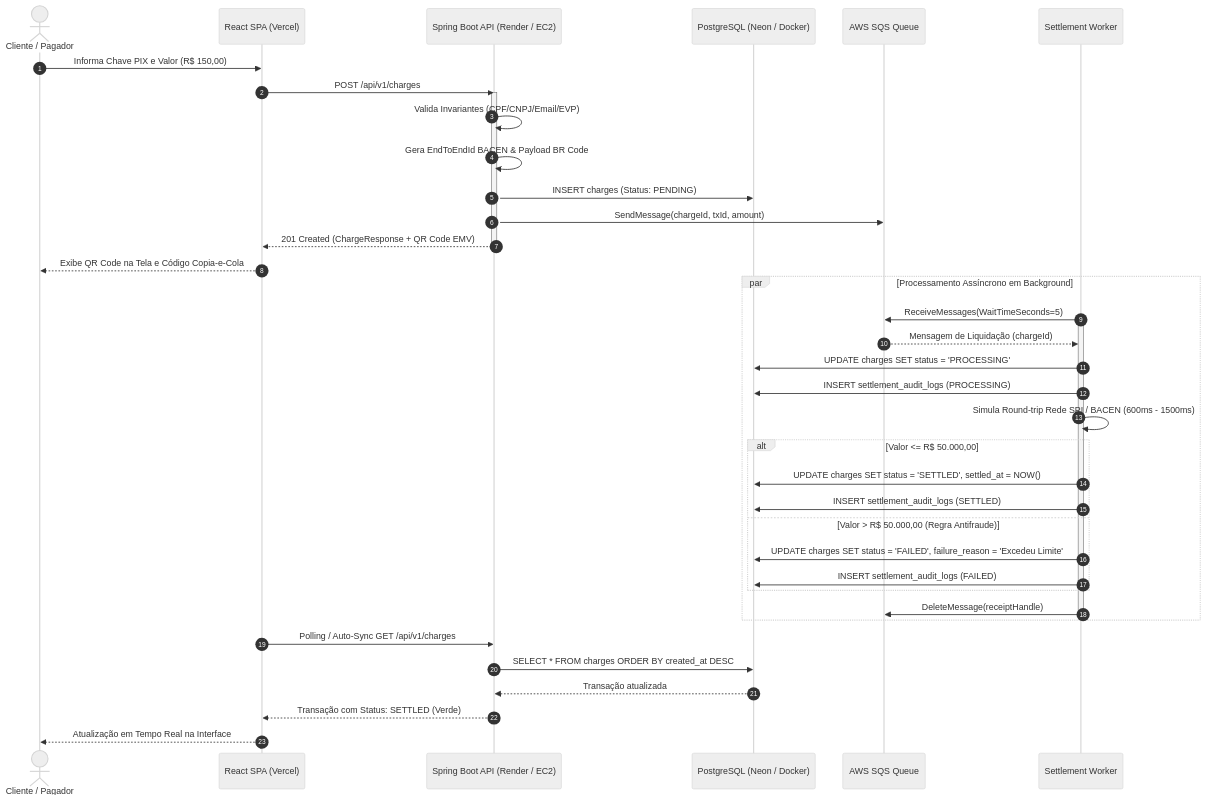
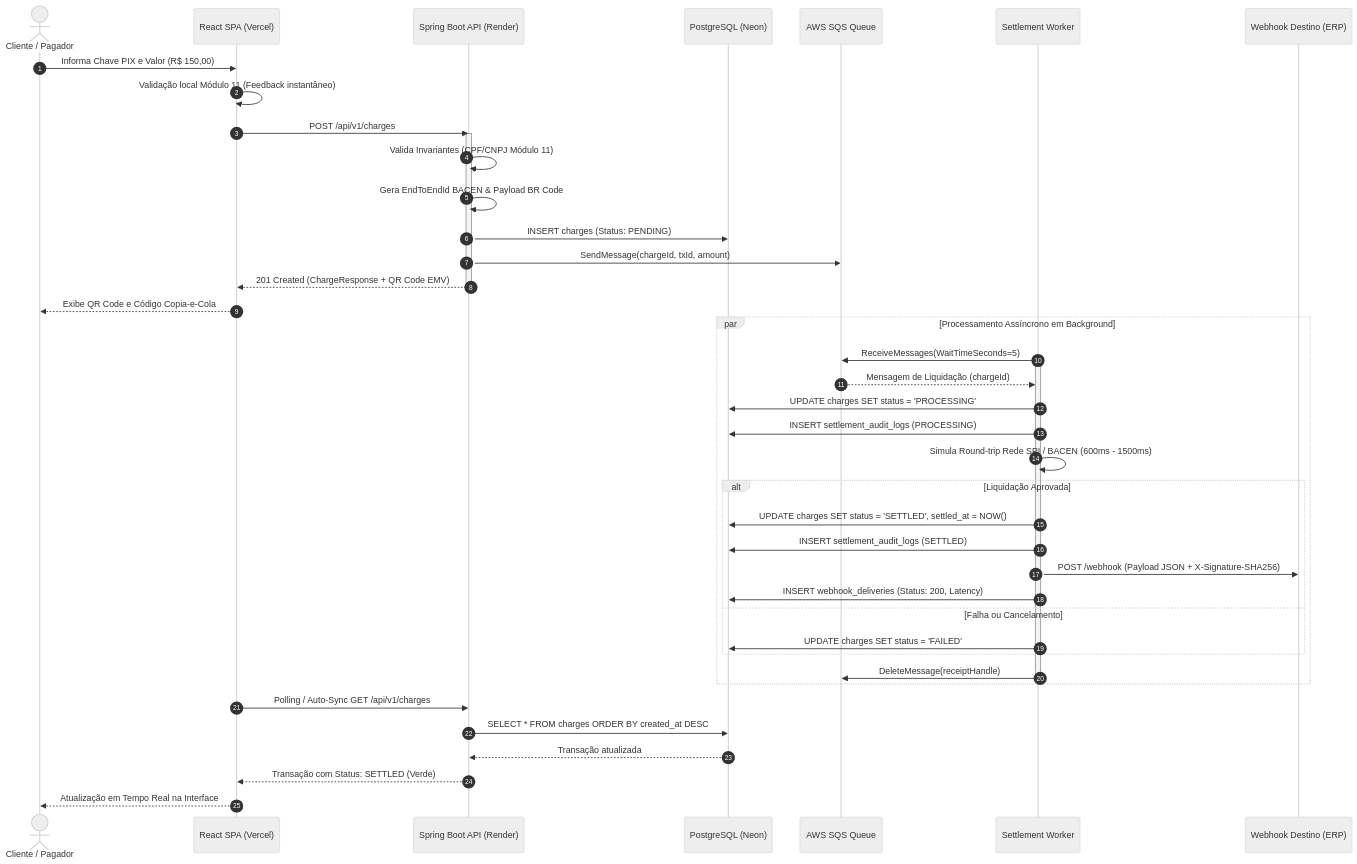
One commit to matheus-araujo-pereira/pix-flow changed the second of 3 diagrams in README.md. Above: the diagram before and after it, drawn with Mermaid (neutral theme). The commit also changed other lines of this file and 43 other files, not shown here.

````diff
--- a/README.md
+++ b/README.md
@@ -87,45 +94,48 @@
 ```mermaid
 sequenceDiagram
     autonumber
     actor User as Cliente / Pagador
     participant UI as React SPA (Vercel)
-    participant API as Spring Boot API (Render / EC2)
-    participant DB as PostgreSQL (Neon / Docker)
+    participant API as Spring Boot API (Render)
+    participant DB as PostgreSQL (Neon)
     participant SQS as AWS SQS Queue
     participant Worker as Settlement Worker
+    participant ERP as Webhook Destino (ERP)
 
     User->>UI: Informa Chave PIX e Valor (R$ 150,00)
+    UI->>UI: Validação local Módulo 11 (Feedback instantâneo)
     UI->>API: POST /api/v1/charges
     activate API
-    API->>API: Valida Invariantes (CPF/CNPJ/Email/EVP)
+    API->>API: Valida Invariantes (CPF/CNPJ Módulo 11)
     API->>API: Gera EndToEndId BACEN & Payload BR Code
     API->>DB: INSERT charges (Status: PENDING)
     API->>SQS: SendMessage(chargeId, txId, amount)
     API-->>UI: 201 Created (ChargeResponse + QR Code EMV)
     deactivate API
-    UI-->>User: Exibe QR Code na Tela e Código Copia-e-Cola
+    UI-->>User: Exibe QR Code e Código Copia-e-Cola
 
     par Processamento Assíncrono em Background
         Worker->>SQS: ReceiveMessages(WaitTimeSeconds=5)
         activate Worker
         SQS-->>Worker: Mensagem de Liquidação (chargeId)
         Worker->>DB: UPDATE charges SET status = 'PROCESSING'
         Worker->>DB: INSERT settlement_audit_logs (PROCESSING)
         Worker->>Worker: Simula Round-trip Rede SPI / BACEN (600ms - 1500ms)
-        alt Valor <= R$ 50.000,00
+        alt Liquidação Aprovada
             Worker->>DB: UPDATE charges SET status = 'SETTLED', settled_at = NOW()
             Worker->>DB: INSERT settlement_audit_logs (SETTLED)
-        else Valor > R$ 50.000,00 (Regra Antifraude)
-            Worker->>DB: UPDATE charges SET status = 'FAILED', failure_reason = 'Excedeu Limite'
-            Worker->>DB: INSERT settlement_audit_logs (FAILED)
+            Worker->>ERP: POST /webhook (Payload JSON + X-Signature-SHA256)
+            Worker->>DB: INSERT webhook_deliveries (Status: 200, Latency)
+        else Falha ou Cancelamento
+            Worker->>DB: UPDATE charges SET status = 'FAILED'
         end
         Worker->>SQS: DeleteMessage(receiptHandle)
         deactivate Worker
     end
 
     UI->>API: Polling / Auto-Sync GET /api/v1/charges
     API->>DB: SELECT * FROM charges ORDER BY created_at DESC
     DB-->>API: Transação atualizada
     API-->>UI: Transação com Status: SETTLED (Verde)
     UI-->>User: Atualização em Tempo Real na Interface
 ```
````
